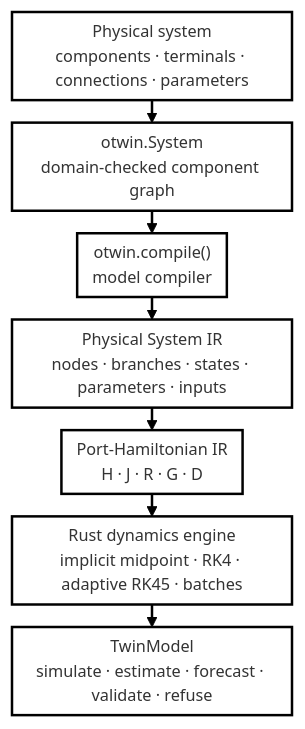
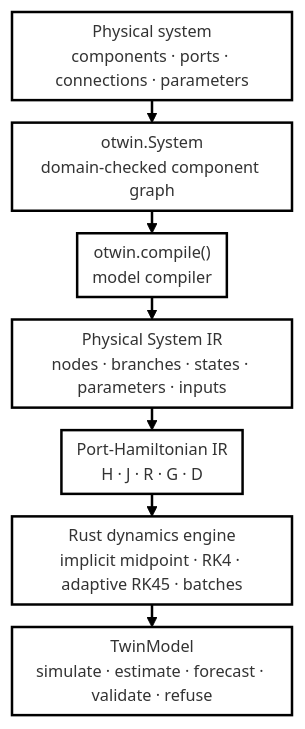
Before and after one commit to otwin-core/otwin: the fourth of 11 diagrams in README.md, drawn with Mermaid. The commit also changed other lines of this file and 57 other files, not shown here.

````diff
--- a/README.md
+++ b/README.md
@@ -361,23 +441,23 @@
 ```mermaid
 ---
 config:
   layout: fixed
   theme: neo
   fontFamily: '''Open Sans Variable'', sans-serif'
   themeVariables:
     fontFamily: '''Open Sans Variable'', sans-serif'
 ---
 %%{init: {"flowchart": {"nodeSpacing": 12, "rankSpacing": 18, "padding": 6, "curve": "linear"}, "themeVariables": {"fontSize": "13px"}}}%%
 
 flowchart TD
 
-    A["Physical system<br/>components · terminals · connections · parameters"]
+    A["Physical system<br/>components · ports · connections · parameters"]
     B["otwin.System<br/>domain-checked component graph"]
     C["otwin.compile()<br/>model compiler"]
     D["Physical System IR<br/>nodes · branches · states · parameters · inputs"]
     E["Port-Hamiltonian IR<br/>H · J · R · G · D"]
     F["Rust dynamics engine<br/>implicit midpoint · RK4 · adaptive RK45 · batches"]
     G["TwinModel<br/>simulate · estimate · forecast · validate · refuse"]
 
     A --> B --> C --> D --> E --> F --> G
 ```
````
